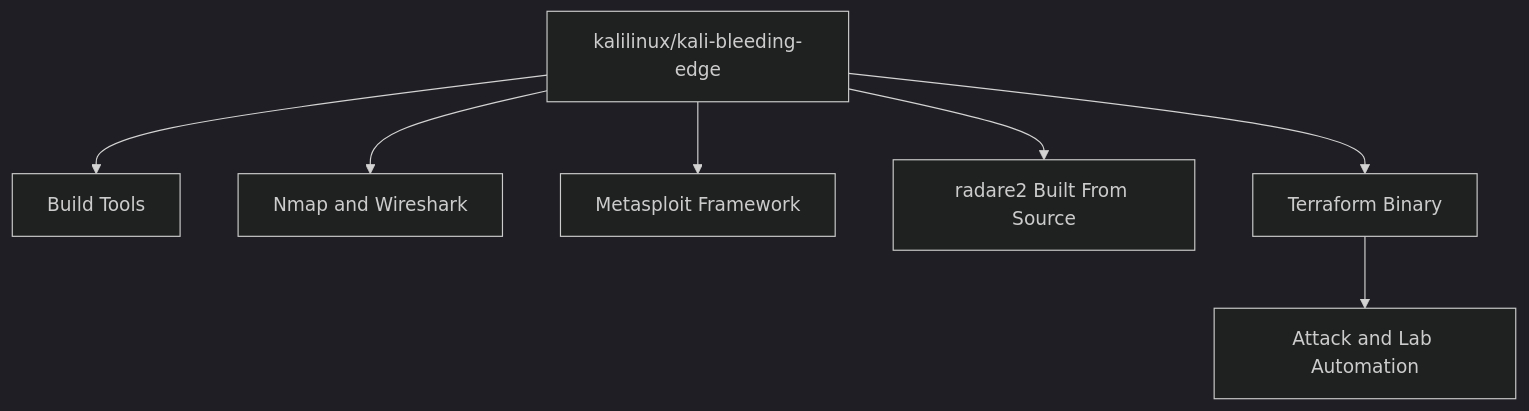
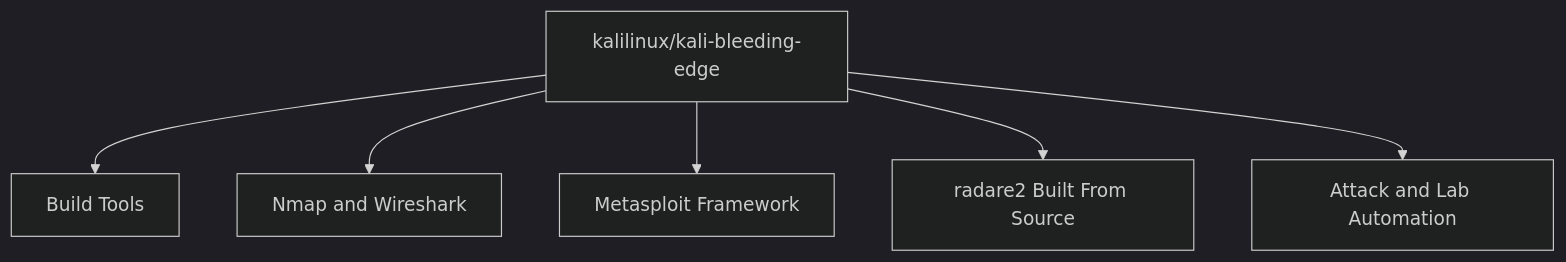
The first of 2 diagrams in architecture.md (acald-creator/nexus-athena), drawn with Mermaid (dark theme) before and after one commit. The commit also changed other lines of this file and 3 other files, not shown here.

````diff
--- a/architecture.md
+++ b/architecture.md
@@ -9,9 +9,8 @@
 ```mermaid
 graph TD
     A[kalilinux/kali-bleeding-edge] --> B[Build Tools]
     A --> C[Nmap and Wireshark]
     A --> D[Metasploit Framework]
     A --> E[radare2 Built From Source]
-    A --> F[Terraform Binary]
-    F --> G[Attack and Lab Automation]
+    A --> F[Attack and Lab Automation]
 ```
````
